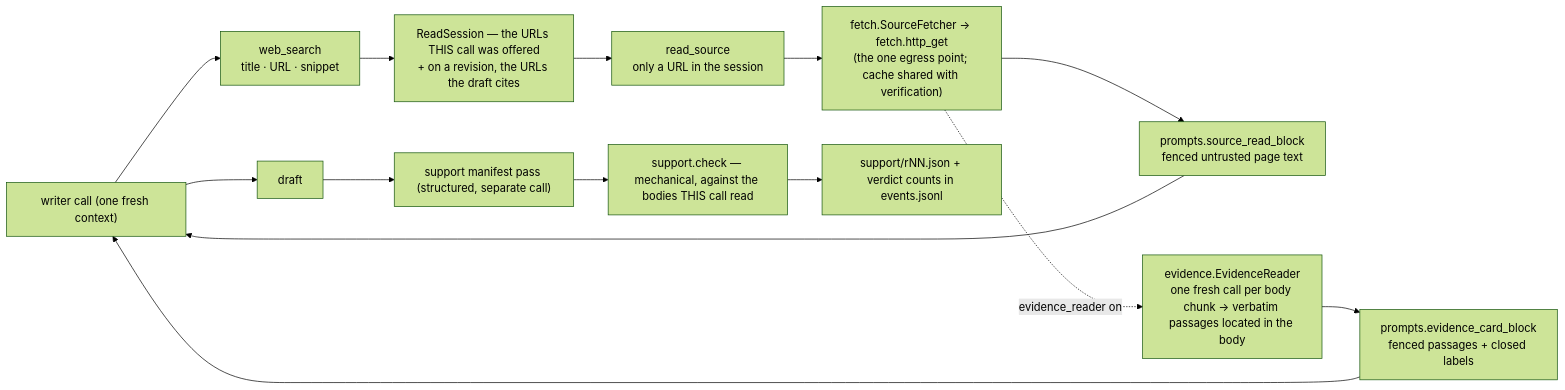
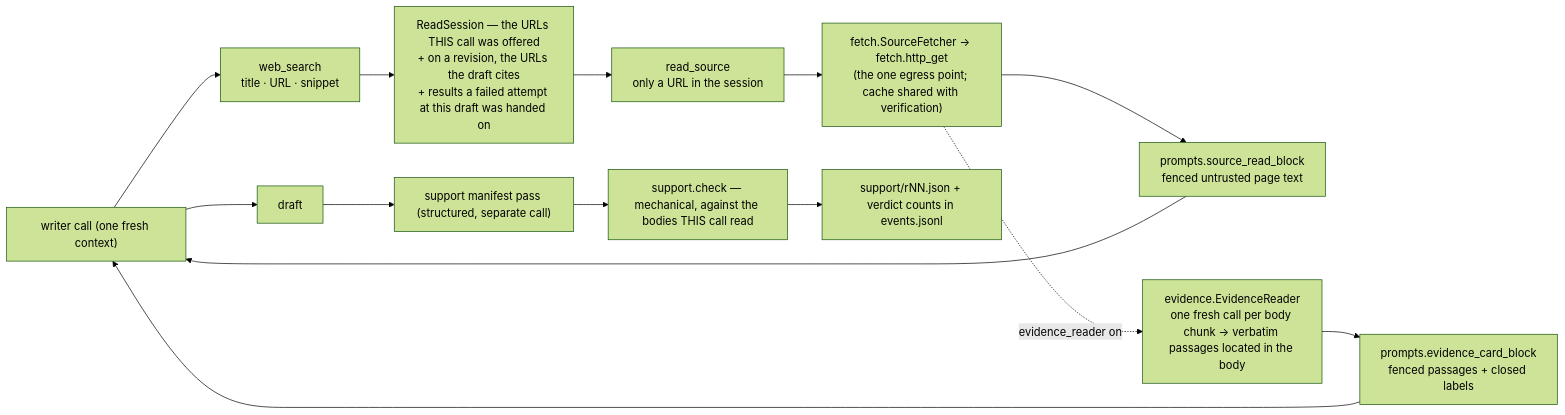
Before and after one commit to NickBorgers/reasonable-answer: the fifth of 6 diagrams in docs/architecture.md, drawn with Mermaid (forest theme). The commit also changed other lines of this file and 12 other files, not shown here.

First line of the commit message:
feat(writer): a failed attempt hands its search results to the next attempt of the same draft (D-failed-attempt-search-carry)

````diff
--- a/docs/architecture.md
+++ b/docs/architecture.md
@@ -387,16 +387,16 @@
 ```mermaid
 flowchart LR
     W["writer call (one fresh context)"] --> S["web_search<br/>title · URL · snippet"]
-    S --> SES["ReadSession — the URLs THIS call was offered<br/>+ on a revision, the URLs the draft cites"]
+    S --> SES["ReadSession — the URLs THIS call was offered<br/>+ on a revision, the URLs the draft cites<br/>+ results a failed attempt at this draft was handed on"]
     SES --> R["read_source<br/>only a URL in the session"]
     R --> F["fetch.SourceFetcher → fetch.http_get<br/>(the one egress point; cache shared with verification)"]
     F --> P["prompts.source_read_block<br/>fenced untrusted page text"]
     F -. "evidence_reader on" .-> E["evidence.EvidenceReader<br/>one fresh call per body chunk → verbatim passages located in the body"]
     E --> EC["prompts.evidence_card_block<br/>fenced passages + closed labels"]
     EC --> W
     P --> W
     W --> D["draft"]
     D --> M["support manifest pass (structured, separate call)"]
     M --> C["support.check — mechanical, against the bodies THIS call read"]
     C --> A["support/rNN.json + verdict counts in events.jsonl"]
 ```
````
